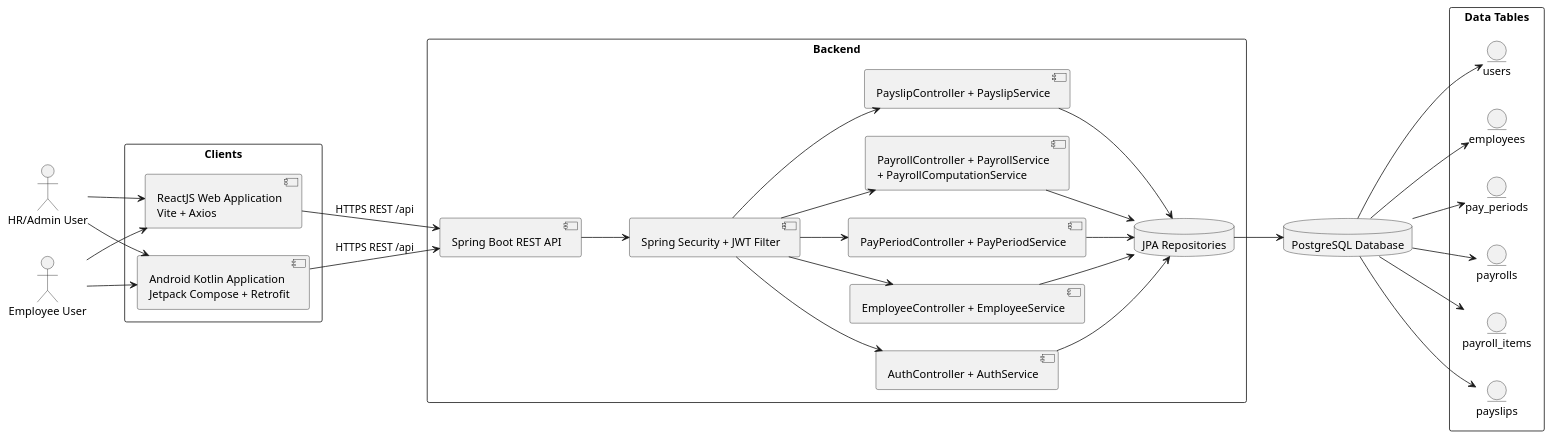
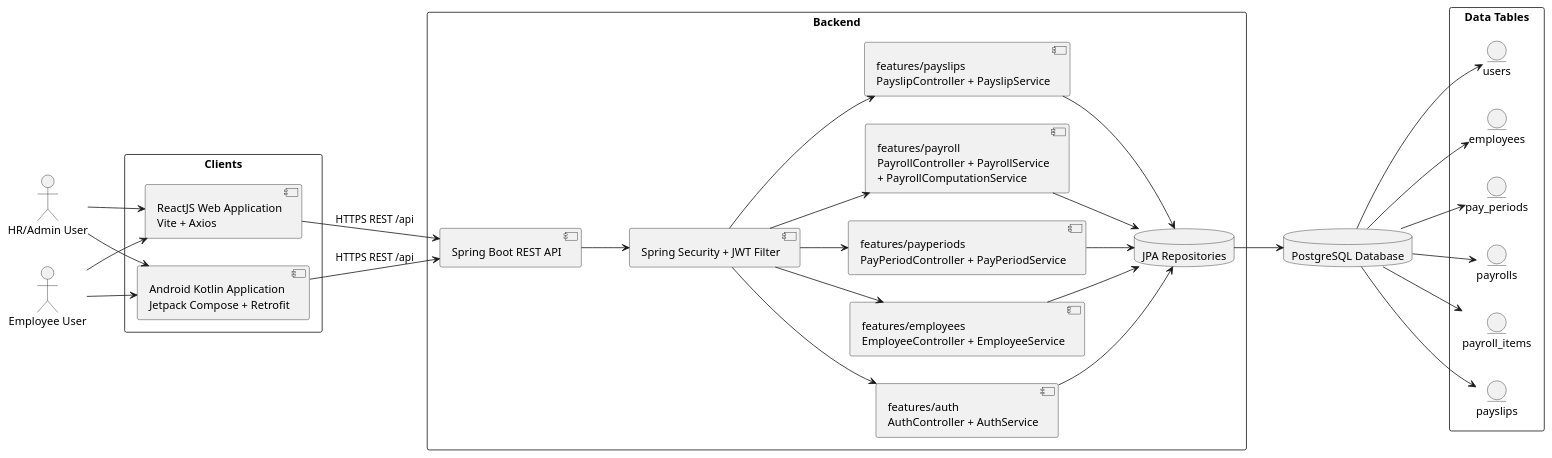
Before and after one commit to miikuichi/paylink: the diagram in docs/Implementation_Explanation_Report.md, drawn with PlantUML. The commit also changed other lines of this file and 1 other file, not shown here.

Commit message:
chore: cleaned legacyu folders and validated end-to-end flow; updated architecture documents

````diff
--- a/docs/Implementation_Explanation_Report.md
+++ b/docs/Implementation_Explanation_Report.md
@@ -363,65 +363,65 @@
 ```plantuml
 @startuml
 left to right direction
 skinparam packageStyle rectangle
 
 actor "HR/Admin User" as U1
 actor "Employee User" as U2
 
 rectangle "Clients" {
   component "ReactJS Web Application\nVite + Axios" as W
   component "Android Kotlin Application\nJetpack Compose + Retrofit" as M
 }
 
 rectangle "Backend" {
   component "Spring Boot REST API" as A
   component "Spring Security + JWT Filter" as SEC
-  component "AuthController + AuthService" as S1
-  component "EmployeeController + EmployeeService" as S2
-  component "PayPeriodController + PayPeriodService" as S3
-  component "PayrollController + PayrollService\n+ PayrollComputationService" as S4
-  component "PayslipController + PayslipService" as S5
+  component "features/auth\nAuthController + AuthService" as S1
+  component "features/employees\nEmployeeController + EmployeeService" as S2
+  component "features/payperiods\nPayPeriodController + PayPeriodService" as S3
+  component "features/payroll\nPayrollController + PayrollService\n+ PayrollComputationService" as S4
+  component "features/payslips\nPayslipController + PayslipService" as S5
   database "JPA Repositories" as R
 }
 
 database "PostgreSQL Database" as DB
 
 rectangle "Data Tables" {
   entity "users" as T1
   entity "employees" as T2
   entity "pay_periods" as T3
   entity "payrolls" as T4
   entity "payroll_items" as T5
   entity "payslips" as T6
 }
 
 U1 --> W
 U1 --> M
 U2 --> W
 U2 --> M
 
 W --> A : HTTPS REST /api
 M --> A : HTTPS REST /api
 
 A --> SEC
 SEC --> S1
 SEC --> S2
 SEC --> S3
 SEC --> S4
 SEC --> S5
 
 S1 --> R
 S2 --> R
 S3 --> R
 S4 --> R
 S5 --> R
 
 R --> DB
 DB --> T1
 DB --> T2
 DB --> T3
 DB --> T4
 DB --> T5
 DB --> T6
 @enduml
 ```
````
